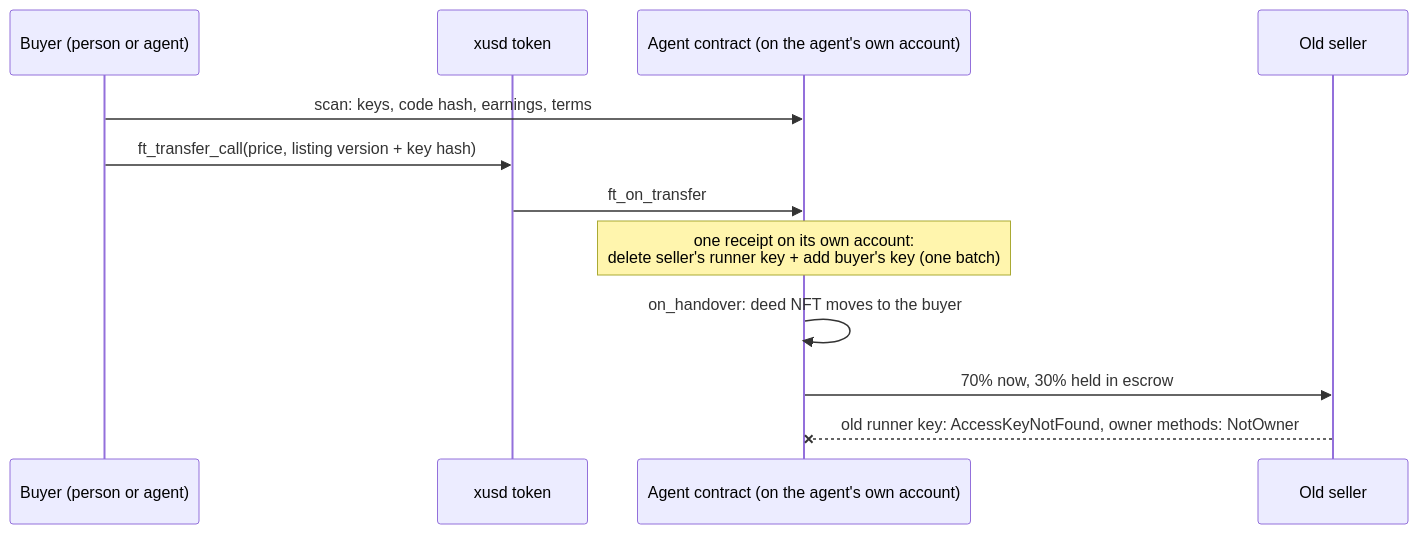
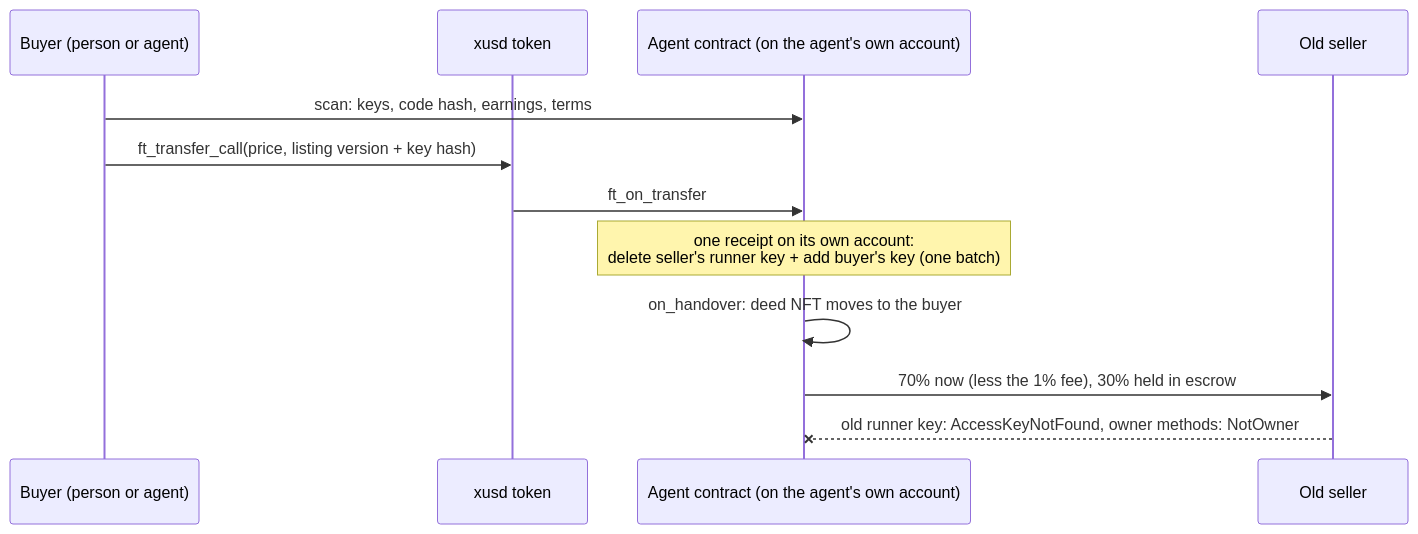
The diagram in README.md (alexandergorokhov/agent-exit), drawn with Mermaid before and after one commit. The commit also changed other lines of this file and 10 other files, not shown here.

````diff
--- a/README.md
+++ b/README.md
@@ -60,14 +60,14 @@
 ```mermaid
 sequenceDiagram
     participant B as Buyer (person or agent)
     participant T as xusd token
     participant A as Agent contract (on the agent's own account)
     participant S as Old seller
     B->>A: scan: keys, code hash, earnings, terms
     B->>T: ft_transfer_call(price, listing version + key hash)
     T->>A: ft_on_transfer
     Note over A: one receipt on its own account:<br/>delete seller's runner key + add buyer's key (one batch)
     A->>A: on_handover: deed NFT moves to the buyer
-    A->>S: 70% now, 30% held in escrow
+    A->>S: 70% now (less the 1% fee), 30% held in escrow
     S--xA: old runner key: AccessKeyNotFound, owner methods: NotOwner
 ```
````
